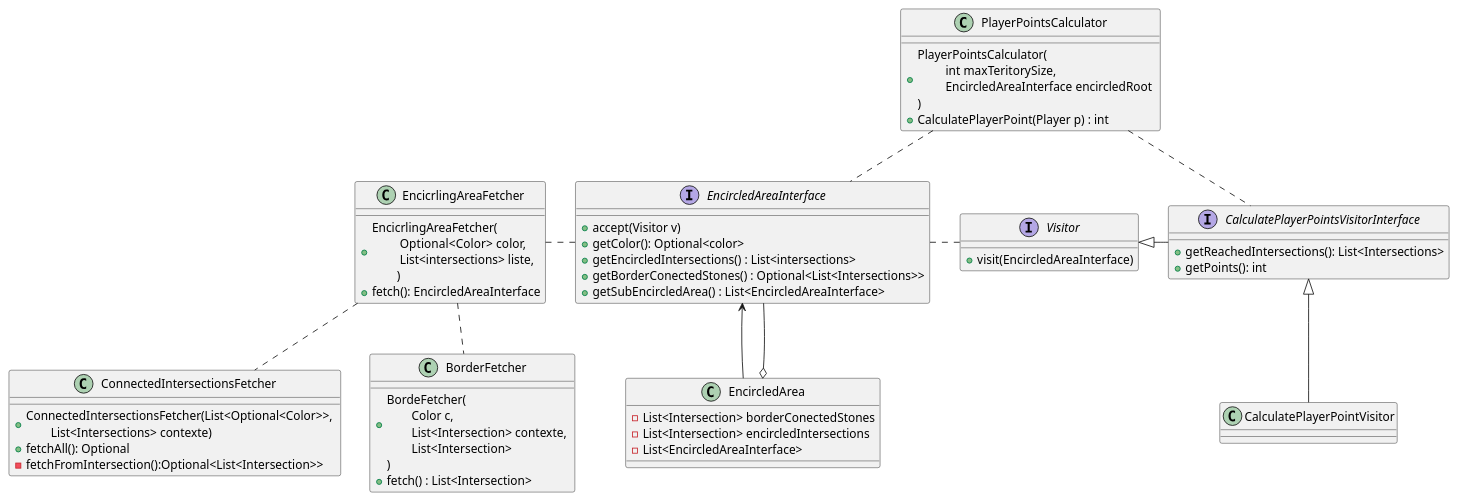
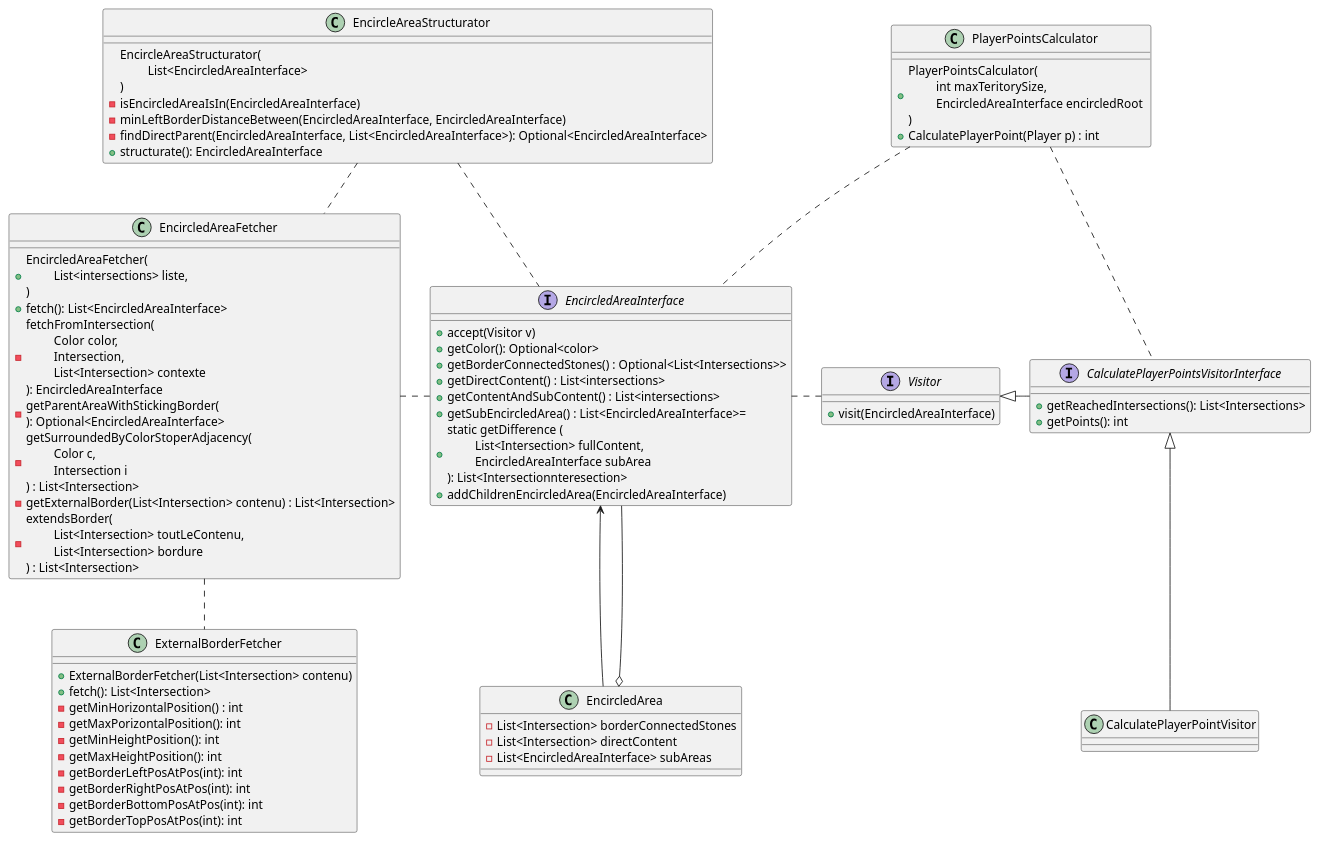
One commit to pierrelucueisd/compteurpoints-jeu-go-java changed the diagram in src/conceptionComptagePoints.puml. Above: the diagram before and after it, drawn with PlantUML.

Commit message:
modèle pour approbation

```diff
--- a/src/conceptionComptagePoints.puml
+++ b/src/conceptionComptagePoints.puml
@@ -1,70 +1,79 @@
 @startuml
 
 
 class PlayerPointsCalculator {
     +PlayerPointsCalculator(\n\t int maxTeritorySize, \n\t EncircledAreaInterface encircledRoot \n)
     +CalculatePlayerPoint(Player p) : int
 }
 PlayerPointsCalculator .. CalculatePlayerPointsVisitorInterface
 PlayerPointsCalculator .. EncircledAreaInterface
 
 interface CalculatePlayerPointsVisitorInterface {
     +getReachedIntersections(): List<Intersections>
     +getPoints(): int
 }
 CalculatePlayerPointsVisitorInterface <|-- CalculatePlayerPointVisitor
 
 interface Visitor {
     +visit(EncircledAreaInterface)
 }
 Visitor <|- CalculatePlayerPointsVisitorInterface
-
-class ConnectedIntersectionsFetcher {
-    +ConnectedIntersectionsFetcher(List<Optional<Color>>, \n\tList<Intersections> contexte)
-    +fetchAll(): Optional
-    -fetchFromIntersection():Optional<List<Intersection>>
-}
-
+EncircledAreaInterface . Visitor
 
 
 Interface EncircledAreaInterface {
     +accept(Visitor v)
     +getColor(): Optional<color>
-    +getEncircledIntersections() : List<intersections>
-    +getBorderConectedStones() : Optional<List<Intersections>>
-    +getSubEncircledArea() : List<EncircledAreaInterface>
-
+    +getBorderConnectedStones() : Optional<List<Intersections>>
+    +getDirectContent() : List<intersections>
+    +getContentAndSubContent() : List<intersections>
+    +getSubEncircledArea() : List<EncircledAreaInterface>=
+    + static getDifference (\n\t List<Intersection> fullContent, \n\t EncircledAreaInterface subArea\n): List<Intersectionnteresection>
+    + addChildrenEncircledArea(EncircledAreaInterface)
 }
 class EncircledArea{
-  -List<Intersection> borderConectedStones
-  -List<Intersection> encircledIntersections
-  -List<EncircledAreaInterface>
+  -List<Intersection> borderConnectedStones
+  -List<Intersection> directContent
+  -List<EncircledAreaInterface> subAreas
 }
 
 EncircledAreaInterface <-- EncircledArea
 EncircledAreaInterface --o EncircledArea
 
 
-class EncicrlingAreaFetcher{
-    +EncicrlingAreaFetcher(\n\t Optional<Color> color, \n\t List<intersections> liste, \n\t)
-    +fetch(): EncircledAreaInterface
+class EncircledAreaFetcher{
+    +EncircledAreaFetcher(\n\t List<intersections> liste, \n)
+    +fetch(): List<EncircledAreaInterface>
+    -fetchFromIntersection(\n\t Color color, \n\t Intersection, \n\t List<Intersection> contexte \n): EncircledAreaInterface
+    -getParentAreaWithStickingBorder(\n): Optional<EncircledAreaInterface>
+    -getSurroundedByColorStoperAdjacency(\n\t Color c, \n\t Intersection i \n) : List<Intersection>
+    -getExternalBorder(List<Intersection> contenu) : List<Intersection>
+    -extendsBorder(\n\t List<Intersection> toutLeContenu, \n\t List<Intersection> bordure\n) : List<Intersection>
+}
+EncircledAreaFetcher . EncircledAreaInterface
 
+class EncircleAreaStructurator {
+    EncircleAreaStructurator(\n\t List<EncircledAreaInterface> \n)
+    -isEncircledAreaIsIn(EncircledAreaInterface)
+    -minLeftBorderDistanceBetween(EncircledAreaInterface, EncircledAreaInterface)
+    -findDirectParent(EncircledAreaInterface, List<EncircledAreaInterface>): Optional<EncircledAreaInterface>
+    +structurate(): EncircledAreaInterface
 }
-EncicrlingAreaFetcher .. ConnectedIntersectionsFetcher
-EncicrlingAreaFetcher .. BorderFetcher
-
-class BorderFetcher {
-    +BordeFetcher(\n\tColor c, \n\tList<Intersection> contexte, \n\tList<Intersection>
-     )
-     +fetch() : List<Intersection>
+EncircledAreaFetcher .. ExternalBorderFetcher
+class ExternalBorderFetcher {
+    +ExternalBorderFetcher(List<Intersection> contenu)
+    +fetch(): List<Intersection>
+    -getMinHorizontalPosition() : int
+    -getMaxPorizontalPosition(): int
+    -getMinHeightPosition(): int
+    -getMaxHeightPosition(): int
+    -getBorderLeftPosAtPos(int): int
+    -getBorderRightPosAtPos(int): int
+    -getBorderBottomPosAtPos(int): int
+    -getBorderTopPosAtPos(int): int
 }
 
-EncicrlingAreaFetcher . EncircledAreaInterface
-
-
-EncircledAreaInterface . Visitor
-
-
-
+EncircleAreaStructurator .. EncircledAreaFetcher
+EncircleAreaStructurator .. EncircledAreaInterface
 
 @enduml
```
